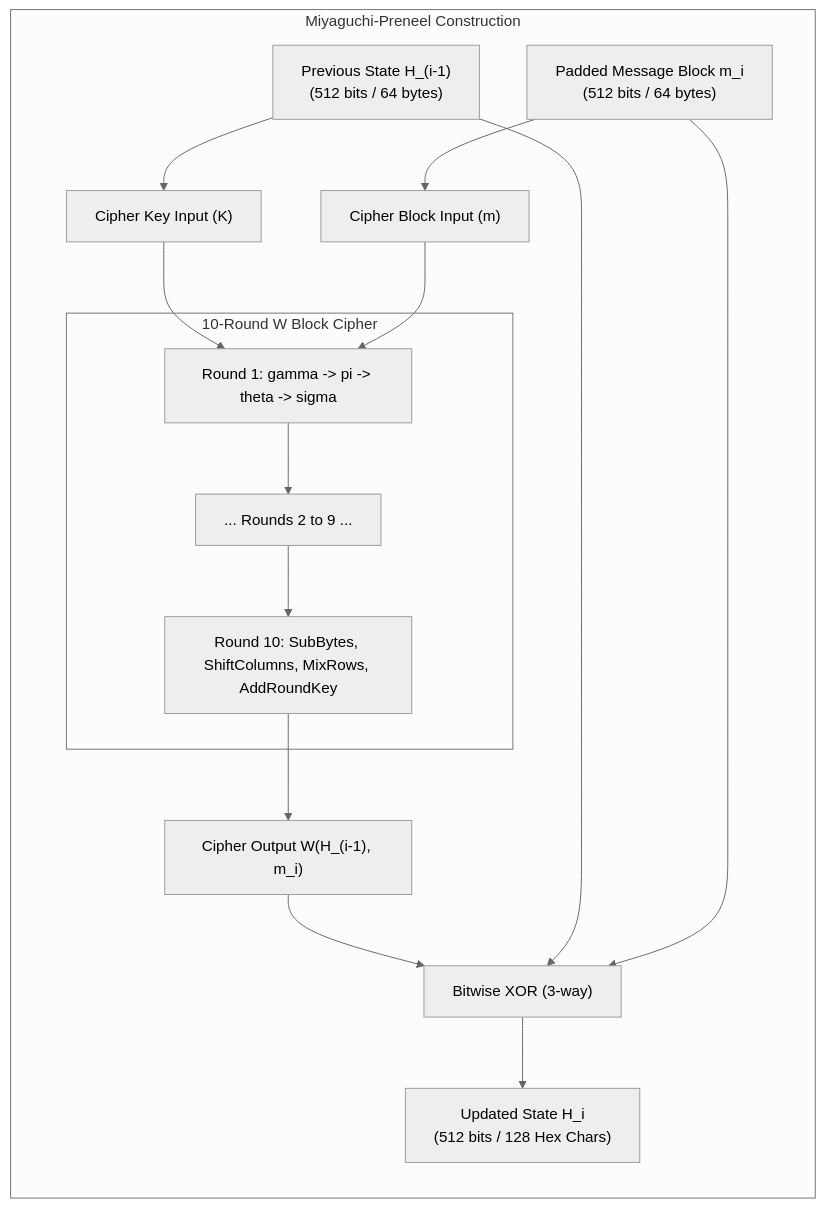
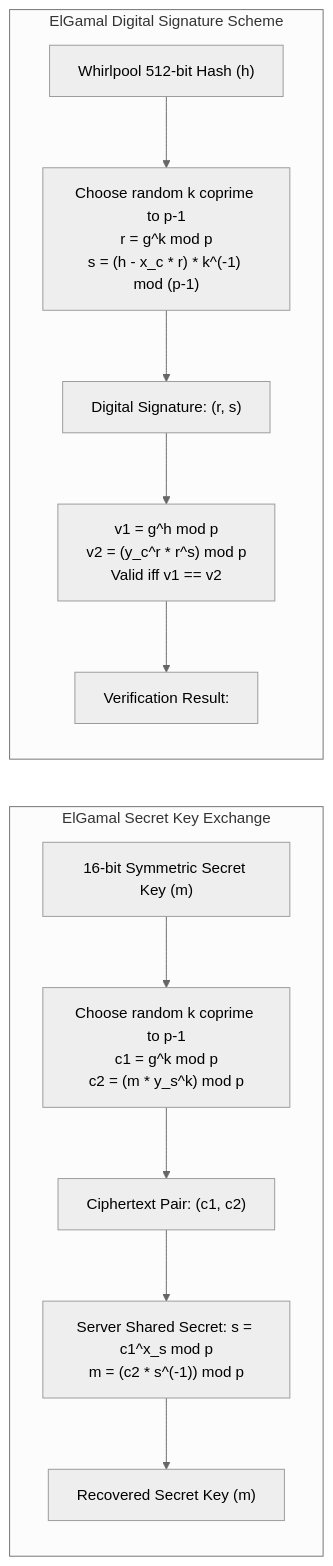
One commit to raghav12344/enc-dec-project changed the fourth of 5 diagrams in README.md. Above: the diagram before and after it, drawn with Mermaid (neutral theme). The commit also changed other lines of this file and 33 other files, not shown here.

````diff
--- a/README.md
+++ b/README.md
@@ -208,28 +205,16 @@
 ```mermaid
 flowchart LR
-    subgraph MP_Scheme["Miyaguchi-Preneel Construction"]
-        PrevH["Previous State H_(i-1)\n(512 bits / 64 bytes)"]
-        Block["Padded Message Block m_i\n(512 bits / 64 bytes)"]
-        
-        PrevH --> KeyInput["Cipher Key Input (K)"]
-        Block --> PlainInput["Cipher Block Input (m)"]
-        
-        subgraph WCipher["10-Round W Block Cipher"]
-            Round0["Round 1: gamma -> pi -> theta -> sigma"]
-            RoundMid["... Rounds 2 to 9 ..."]
-            Round10["Round 10: SubBytes, ShiftColumns, MixRows, AddRoundKey"]
-            Round0 --> RoundMid --> Round10
-        end
-        
-        KeyInput --> Round0
-        PlainInput --> Round0
-        
-        Round10 --> CipherOutput["Cipher Output W(H_(i-1), m_i)"]
-        
-        CipherOutput --> FinalXOR["Bitwise XOR (3-way)"]
-        PrevH --> FinalXOR
-        Block --> FinalXOR
-        
-        FinalXOR --> NewH["Updated State H_i\n(512 bits / 128 Hex Chars)"]
+    subgraph EG_EncFlow["ElGamal Secret Key Exchange"]
+        K_Sym["16-bit Symmetric Secret Key (m)"] --> EncCalc["Choose random k coprime to p-1\nc1 = g^k mod p\nc2 = (m * y_s^k) mod p"]
+        EncCalc --> CipherPair["Ciphertext Pair: (c1, c2)"]
+        CipherPair --> DecCalc["Server Shared Secret: s = c1^x_s mod p\nm = (c2 * s^(-1)) mod p"]
+        DecCalc --> RecKey["Recovered Secret Key (m)"]
+    end
+
+    subgraph EG_SigFlow["ElGamal Digital Signature Scheme"]
+        HashVal["Whirlpool 512-bit Hash (h)"] --> SigCalc["Choose random k coprime to p-1\nr = g^k mod p\ns = (h - x_c * r) * k^(-1) mod (p-1)"]
+        SigCalc --> SigPair["Digital Signature: (r, s)"]
+        SigPair --> VerCalc["v1 = g^h mod p\nv2 = (y_c^r * r^s) mod p\nValid iff v1 == v2"]
+        VerCalc --> SigDecision["Verification Result: <valid>"]
     end
 ```
````
